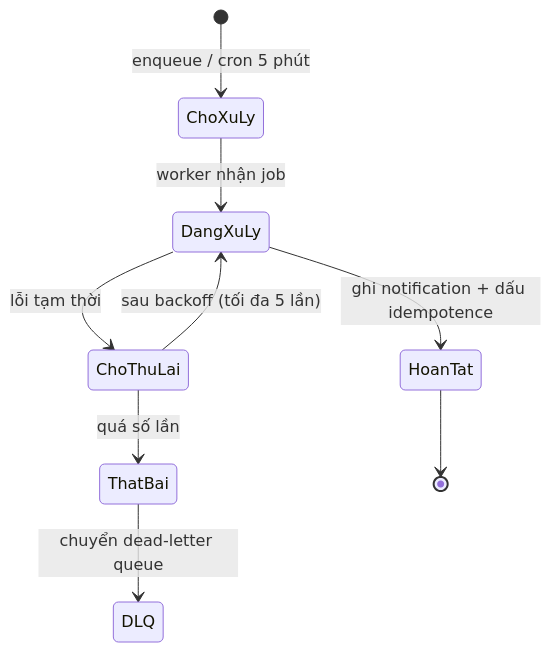
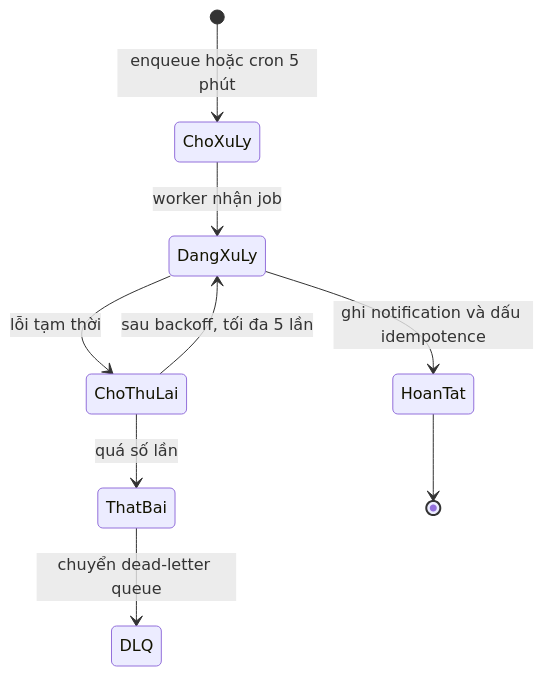
One commit to longqt321/Rendez-PBL6 changed diagram 12 of 14 in docs/bao-cao/BAO-CAO-DO-AN.md. Above: the diagram before and after it, drawn with Mermaid. The commit also changed other lines of this file, not shown here.

Commit message:
docs: viet lai bao cao do an theo trang thai hien tai

````diff
--- a/docs/bao-cao/BAO-CAO-DO-AN.md
+++ b/docs/bao-cao/BAO-CAO-DO-AN.md
@@ -610,11 +700,11 @@
 ```mermaid
 stateDiagram-v2
-  [*] --> ChoXuLy: enqueue / cron 5 phút
+  [*] --> ChoXuLy: enqueue hoặc cron 5 phút
   ChoXuLy --> DangXuLy: worker nhận job
-  DangXuLy --> HoanTat: ghi notification + dấu idempotence
+  DangXuLy --> HoanTat: ghi notification và dấu idempotence
   DangXuLy --> ChoThuLai: lỗi tạm thời
-  ChoThuLai --> DangXuLy: sau backoff (tối đa 5 lần)
+  ChoThuLai --> DangXuLy: sau backoff, tối đa 5 lần
   ChoThuLai --> ThatBai: quá số lần
   ThatBai --> DLQ: chuyển dead-letter queue
   HoanTat --> [*]
 ```
````
